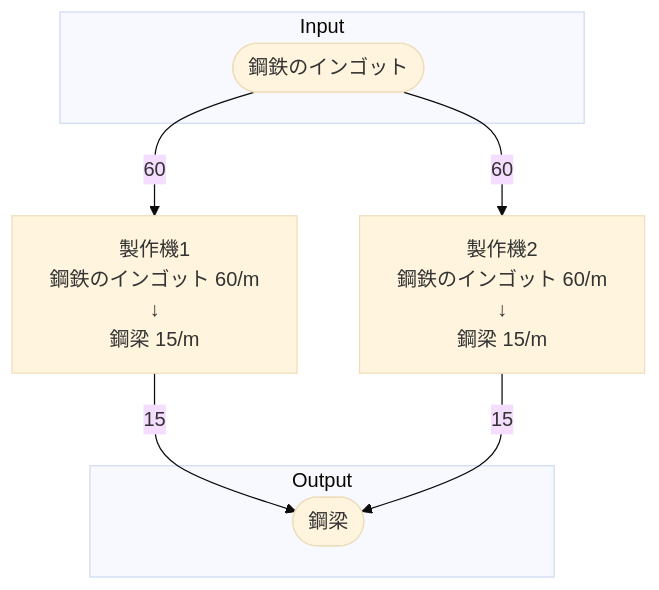
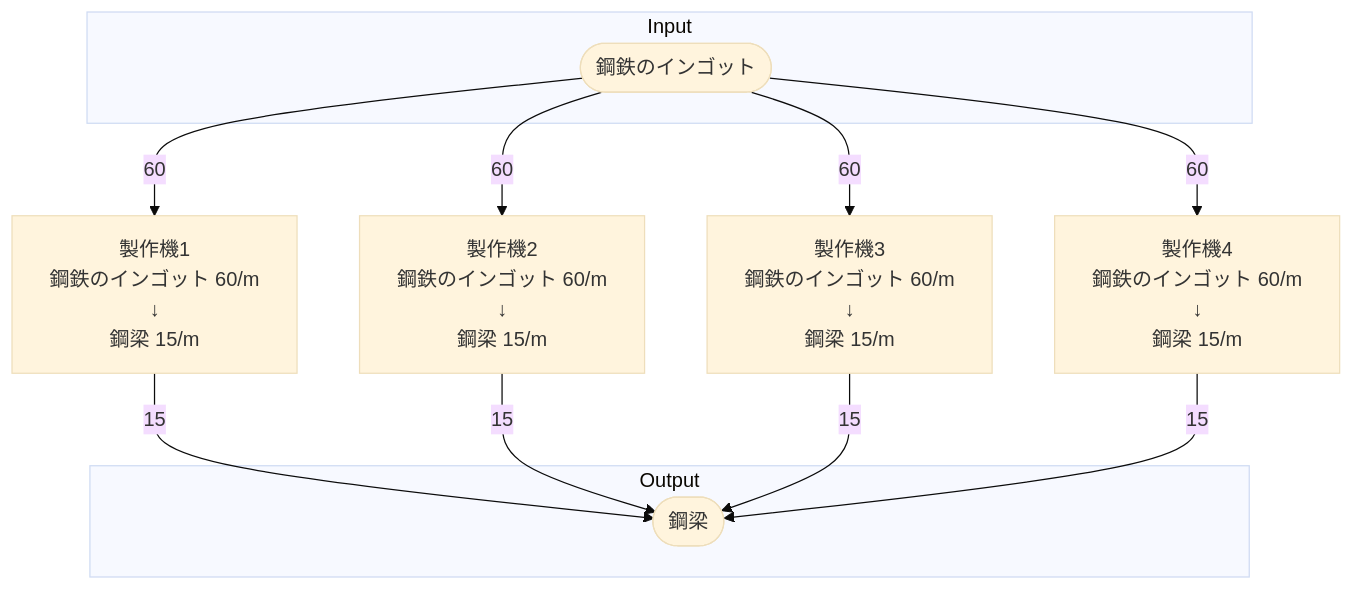
Before and after one commit to Suzuran-Amano/SatisfactoryTaskEfficiency: the diagram in 40_FactoryBuilding/鋼鉄工場/40_個別製造ライン設計書/個別製造ライン設計書_鋼梁製造ライン.md, drawn with Mermaid (base theme). The commit also changed other lines of this file and 32 other files, not shown here.

````diff
--- a/40_FactoryBuilding/鋼鉄工場/40_個別製造ライン設計書/個別製造ライン設計書_鋼梁製造ライン.md
+++ b/40_FactoryBuilding/鋼鉄工場/40_個別製造ライン設計書/個別製造ライン設計書_鋼梁製造ライン.md
@@ -18,30 +18,48 @@
 ```mermaid
 flowchart TD
 
 subgraph Input
     鋼鉄のインゴット([鋼鉄のインゴット])
 end
 
 製作機1[
     製作機1
     鋼鉄のインゴット 60/m
     ↓
     鋼梁 15/m
 ]
 
 製作機2[
     製作機2
     鋼鉄のインゴット 60/m
     ↓
     鋼梁 15/m
 ]
 
+製作機3[
+    製作機3
+    鋼鉄のインゴット 60/m
+    ↓
+    鋼梁 15/m
+]
+
+製作機4[
+    製作機4
+    鋼鉄のインゴット 60/m
+    ↓
+    鋼梁 15/m
+]
+
 subgraph Output
     鋼梁([鋼梁])
 end
 
 鋼鉄のインゴット-->|60|製作機1
 製作機1-->|15|鋼梁
 鋼鉄のインゴット-->|60|製作機2
 製作機2-->|15|鋼梁
+鋼鉄のインゴット-->|60|製作機3
+製作機3-->|15|鋼梁
+鋼鉄のインゴット-->|60|製作機4
+製作機4-->|15|鋼梁
 ```
````
